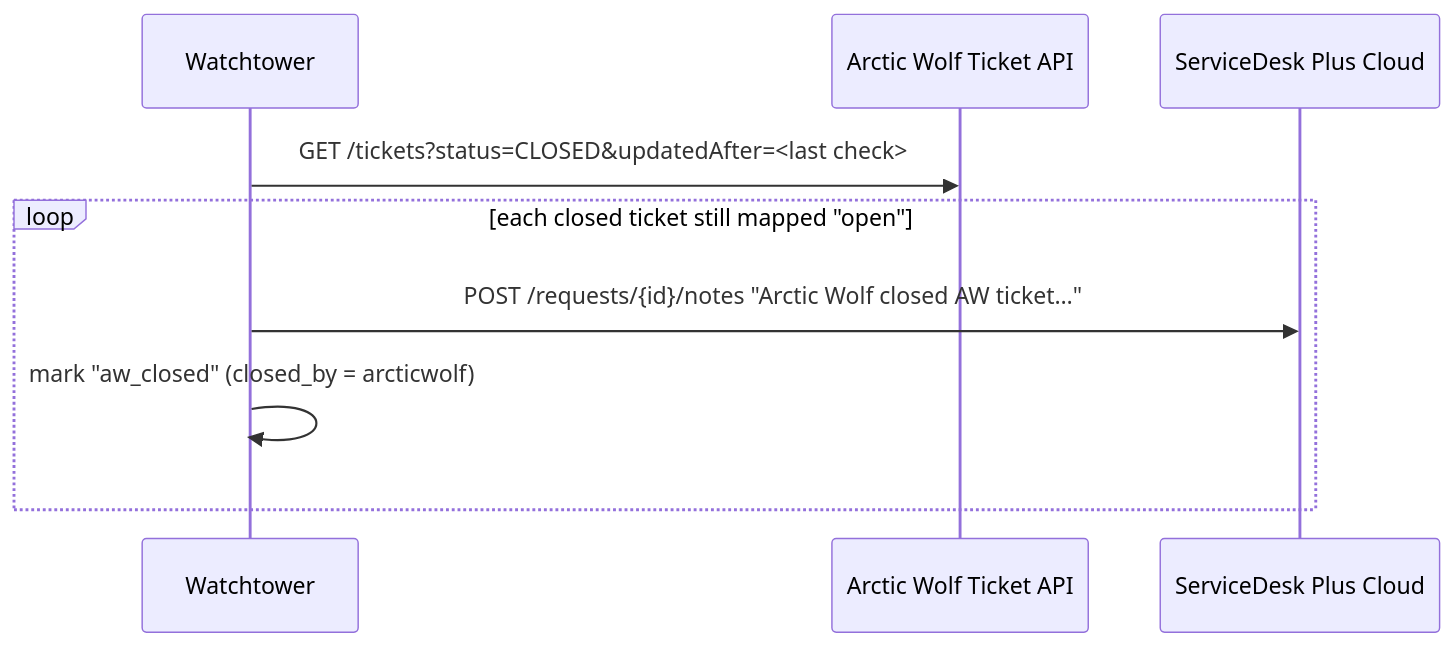
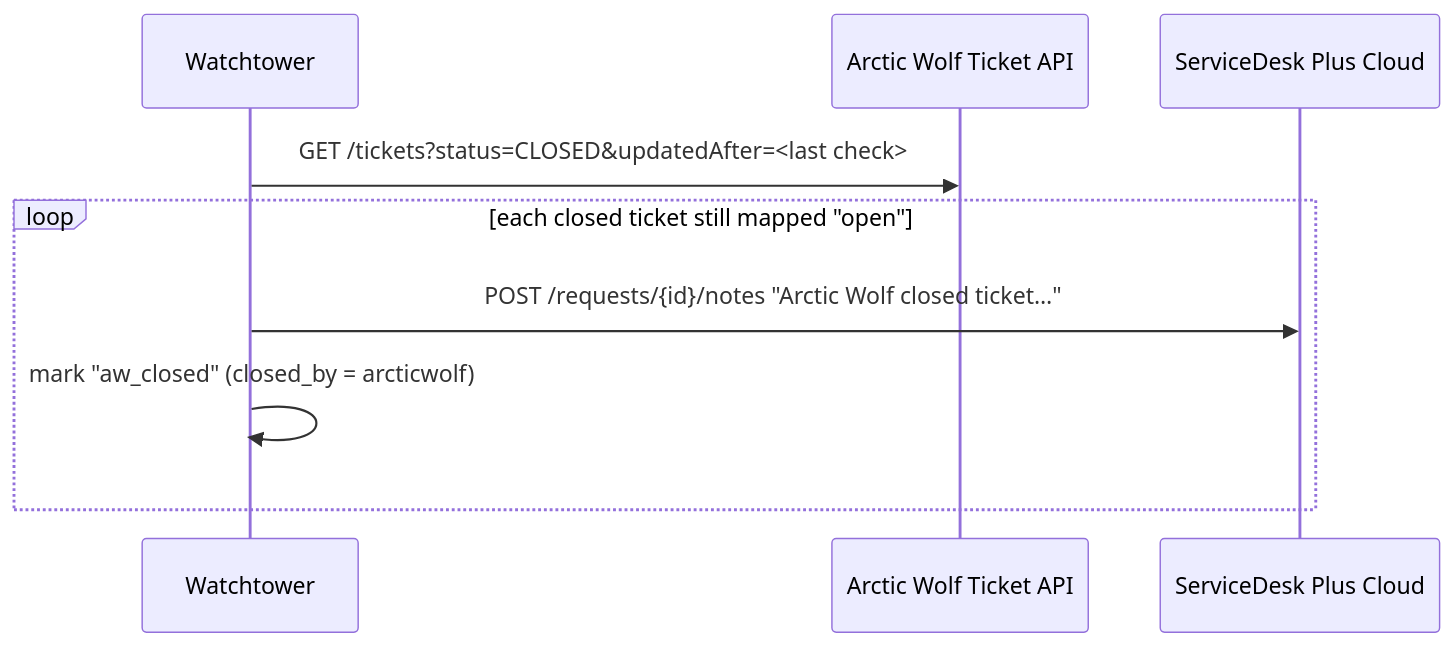
The fourth of 4 diagrams in docs/flows.md (andrewlistdev/Watchtower), drawn with Mermaid before and after one commit. The commit also changed other lines of this file and 60 other files, not shown here.

````diff
--- a/docs/flows.md
+++ b/docs/flows.md
@@ -77,11 +79,11 @@
 ```mermaid
 sequenceDiagram
     participant S as Watchtower
     participant AW as Arctic Wolf Ticket API
     participant SDP as ServiceDesk Plus Cloud
     S->>AW: GET /tickets?status=CLOSED&updatedAfter=<last check>
     loop each closed ticket still mapped "open"
-        S->>SDP: POST /requests/{id}/notes "Arctic Wolf closed AW ticket…"
+        S->>SDP: POST /requests/{id}/notes "Arctic Wolf closed ticket…"
         S->>S: mark "aw_closed" (closed_by = arcticwolf)
     end
 ```
````
